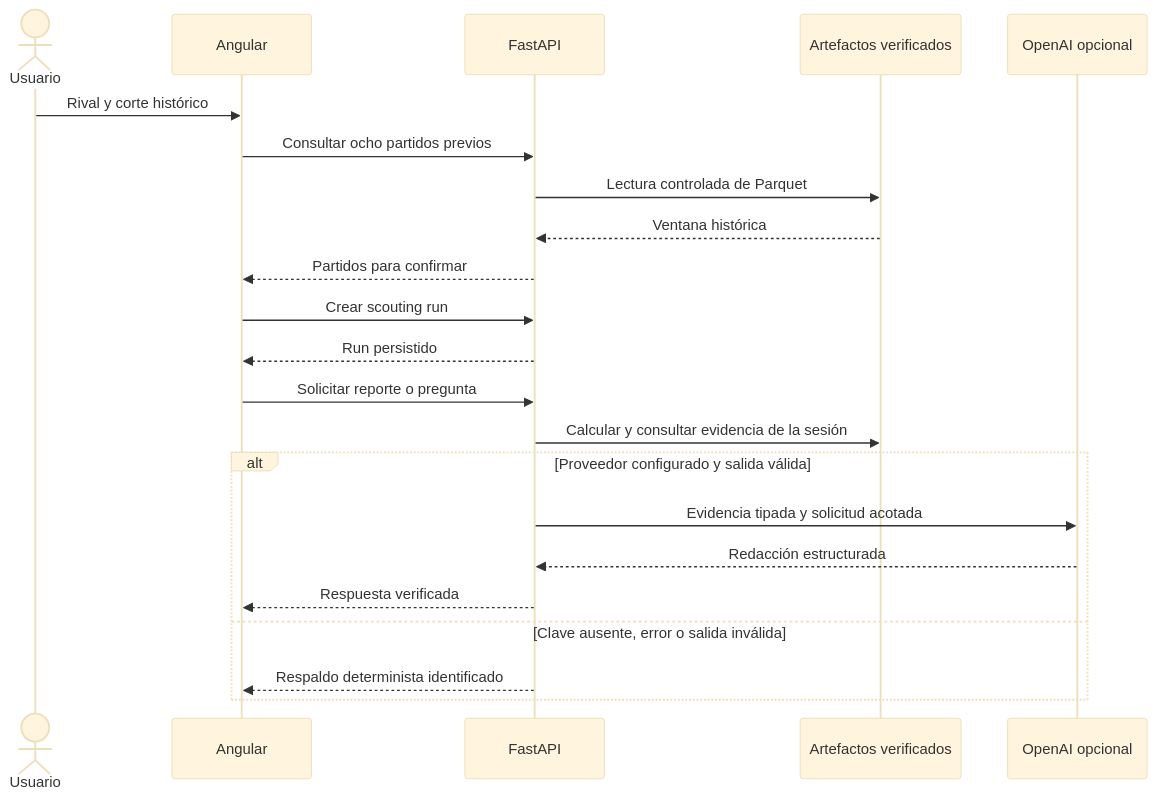
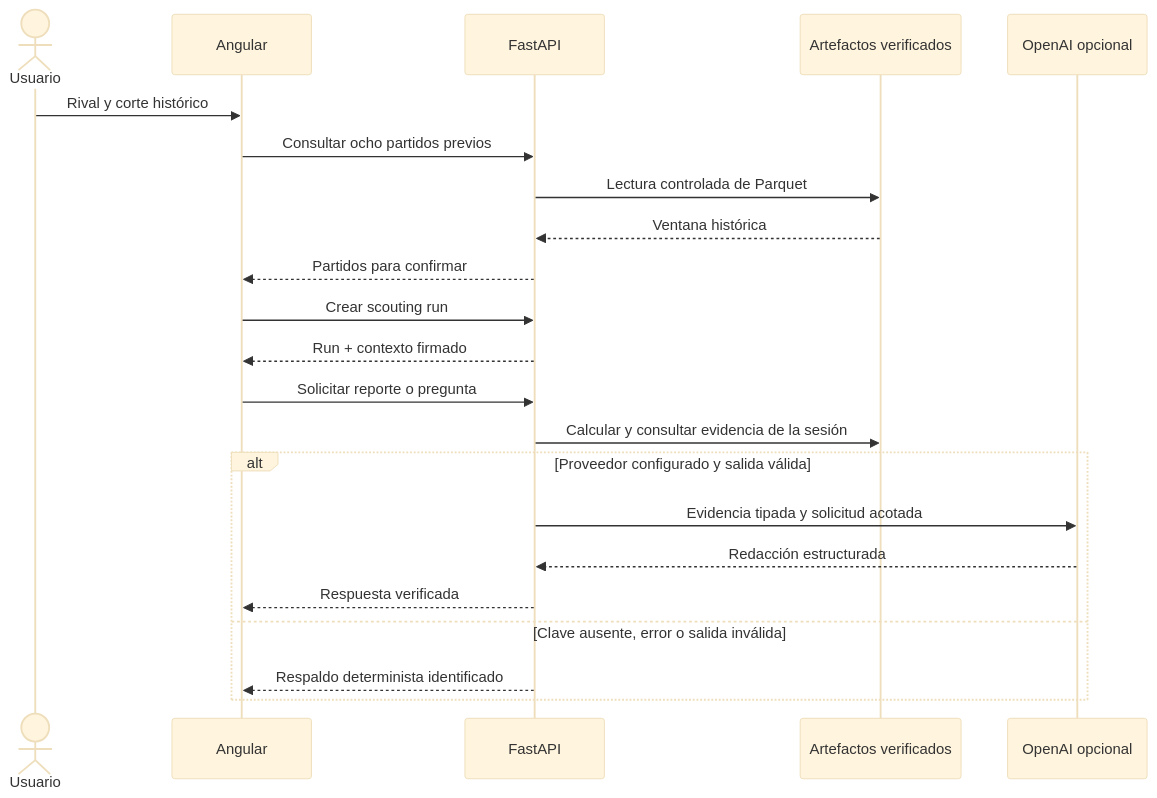
Before and after one commit to ElRubsSan/Corner_Scout: the diagram in docs/architecture.md, drawn with Mermaid (base theme). The commit also changed other lines of this file and 23 other files, not shown here.

````diff
--- a/docs/architecture.md
+++ b/docs/architecture.md
@@ -53,24 +55,24 @@
 ```mermaid
 sequenceDiagram
     actor U as Usuario
     participant F as Angular
     participant B as FastAPI
     participant D as Artefactos verificados
     participant O as OpenAI opcional
     U->>F: Rival y corte histórico
     F->>B: Consultar ocho partidos previos
     B->>D: Lectura controlada de Parquet
     D-->>B: Ventana histórica
     B-->>F: Partidos para confirmar
     F->>B: Crear scouting run
-    B-->>F: Run persistido
+    B-->>F: Run + contexto firmado
     F->>B: Solicitar reporte o pregunta
     B->>D: Calcular y consultar evidencia de la sesión
     alt Proveedor configurado y salida válida
         B->>O: Evidencia tipada y solicitud acotada
         O-->>B: Redacción estructurada
         B-->>F: Respuesta verificada
     else Clave ausente, error o salida inválida
         B-->>F: Respaldo determinista identificado
     end
 ```
````
